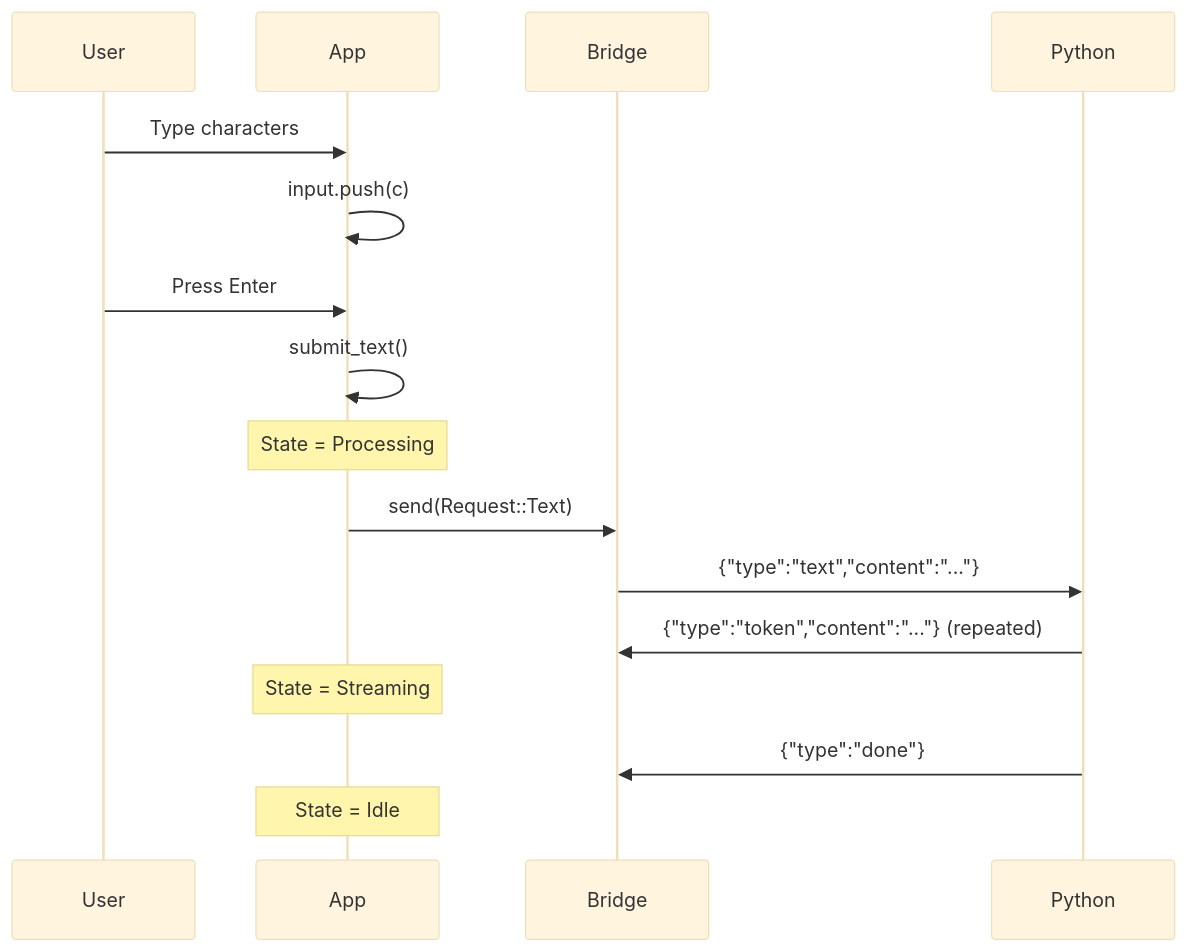
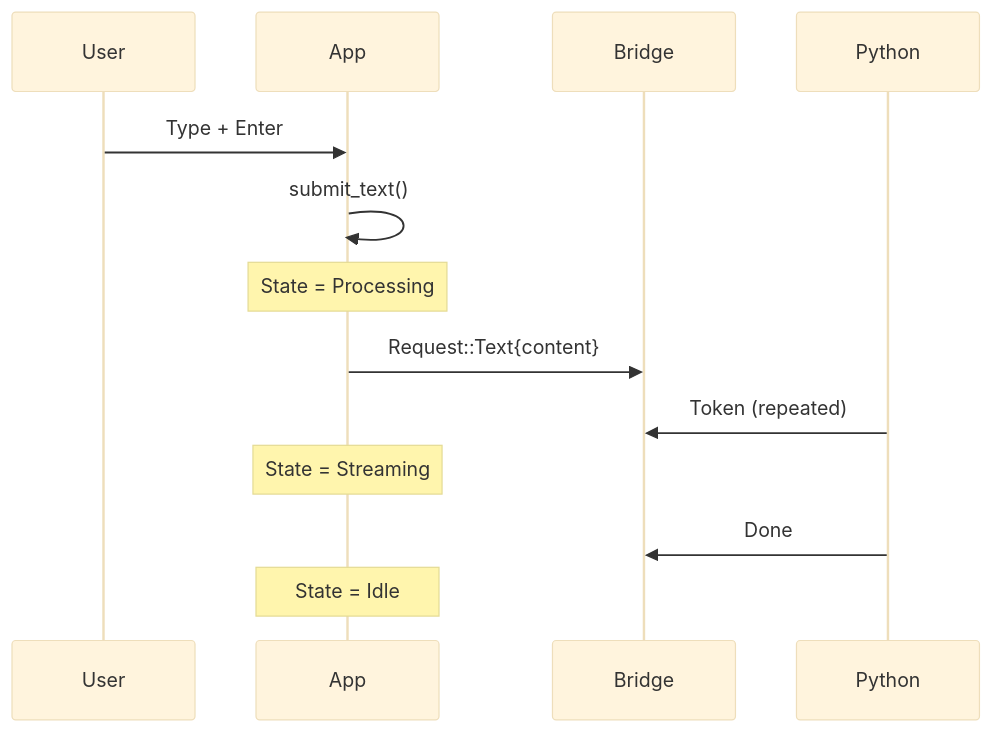
The second of 5 diagrams in .agents/summary/workflows.md (zixma13/terminator), drawn with Mermaid (base theme) before and after one commit. The commit also changed other lines of this file and 9 other files, not shown here.

````diff
--- a/.agents/summary/workflows.md
+++ b/.agents/summary/workflows.md
@@ -31,19 +34,16 @@
 ```mermaid
 sequenceDiagram
     participant U as User
     participant App as App
     participant B as Bridge
     participant P as Python
 
-    U->>App: Type characters
-    App->>App: input.push(c)
-    U->>App: Press Enter
+    U->>App: Type + Enter
     App->>App: submit_text()
     Note over App: State = Processing
-    App->>B: send(Request::Text)
-    B->>P: {"type":"text","content":"..."}
-    P->>B: {"type":"token","content":"..."} (repeated)
+    App->>B: Request::Text{content}
+    P->>B: Token (repeated)
     Note over App: State = Streaming
-    P->>B: {"type":"done"}
+    P->>B: Done
     Note over App: State = Idle
 ```
````
